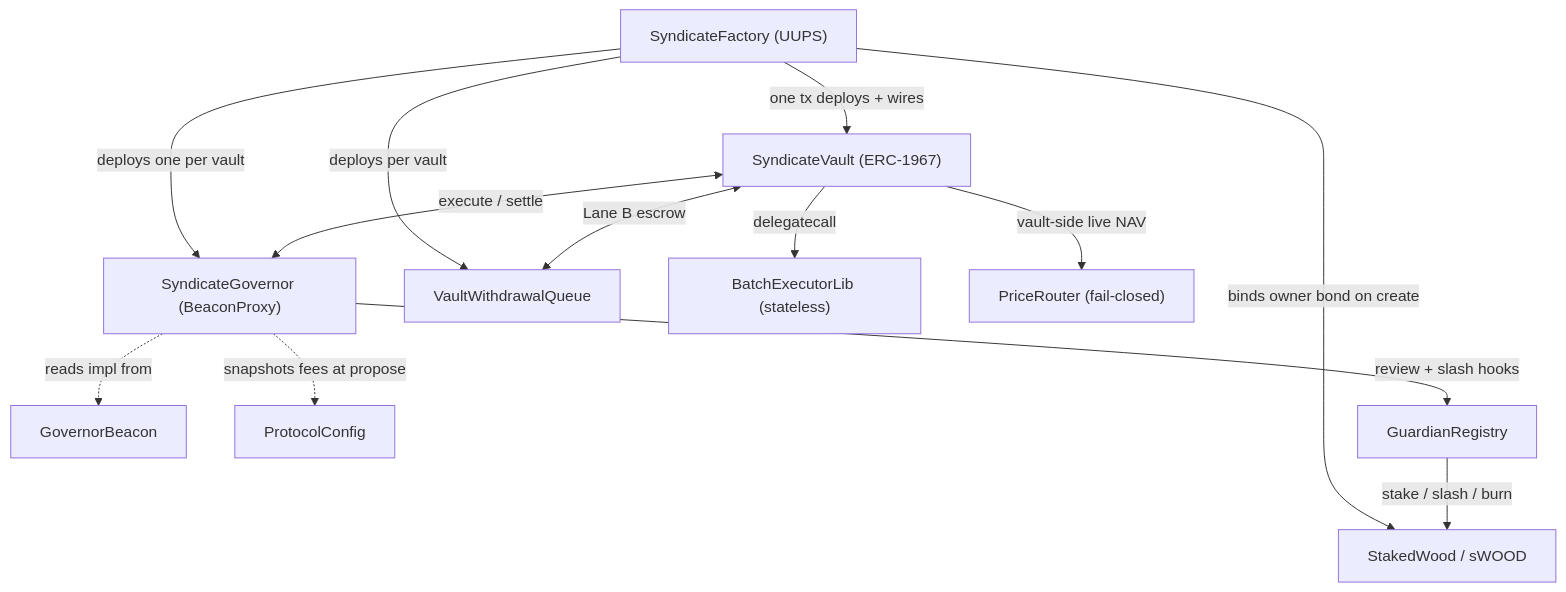
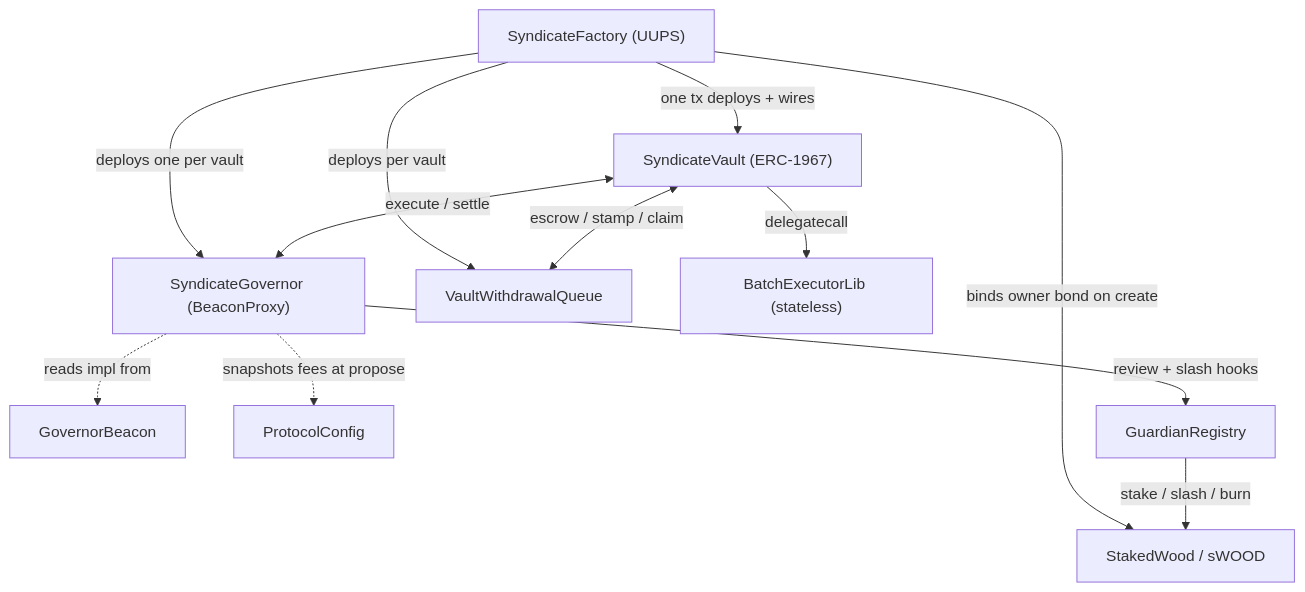
The diagram in protocol/architecture.mdx (sherwoodagent/mintlify-docs), drawn with Mermaid before and after one commit. The commit also changed other lines of this file and 11 other files, not shown here.

First line of the commit message:
docs: retire PriceRouter and Lane A; teach the redeem queue (#67)

````diff
--- a/protocol/architecture.mdx
+++ b/protocol/architecture.mdx
@@ -17,15 +17,14 @@
 ```mermaid
 graph TD
     F["SyndicateFactory (UUPS)"] -->|one tx deploys + wires| V["SyndicateVault (ERC-1967)"]
     F -->|deploys one per vault| G["SyndicateGovernor (BeaconProxy)"]
     F -->|deploys per vault| Q["VaultWithdrawalQueue"]
     F -->|binds owner bond on create| SW["StakedWood / sWOOD"]
     G -.->|reads impl from| GB["GovernorBeacon"]
     G -.->|snapshots fees at propose| PC["ProtocolConfig"]
     G -->|review + slash hooks| R["GuardianRegistry"]
     R -->|stake / slash / burn| SW
     V <-->|execute / settle| G
     V -->|delegatecall| B["BatchExecutorLib (stateless)"]
-    V -->|vault-side live NAV| PR["PriceRouter (fail-closed)"]
-    V <-->|Lane B escrow| Q
+    V <-->|escrow / stamp / claim| Q
 ```
````
